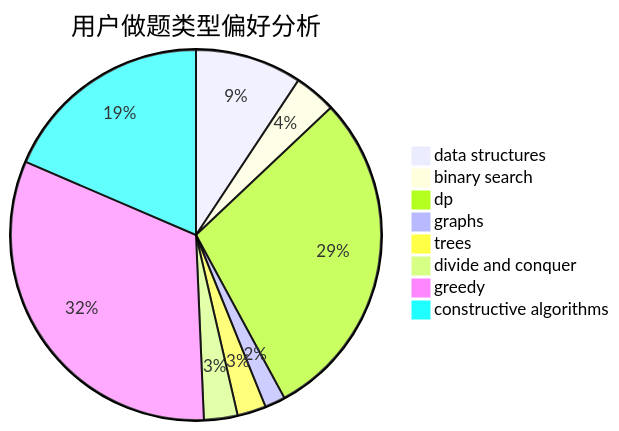
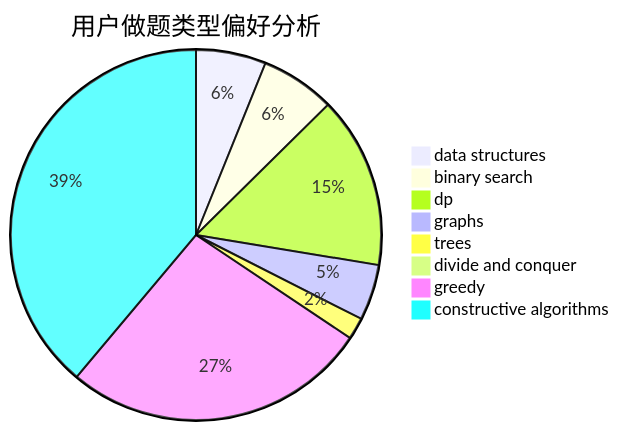
One commit to sherpahu/cfrs.github.io changed the second of 3 diagrams in docs/user/u1950.md. Above: the diagram before and after it, drawn with Mermaid. The commit also changed other lines of this file and 2770 other files, not shown here.

````diff
--- a/docs/user/u1950.md
+++ b/docs/user/u1950.md
@@ -23,11 +23,11 @@
 ```mermaid
 pie title 用户做题类型偏好分析
-    "data structures" :  130
-    "binary search" :  51
-    "dp" :  407
-    "graphs" :  25
-    "trees" :  35
-    "divide and conquer" :  41
-    "greedy" :  449
-    "constructive algorithms" :  259
+    "data structures" :  64
+    "binary search" :  68
+    "dp" :  157
+    "graphs" :  51
+    "trees" :  20
+    "divide and conquer" :  0
+    "greedy" :  280
+    "constructive algorithms" :  407
 ```
````
